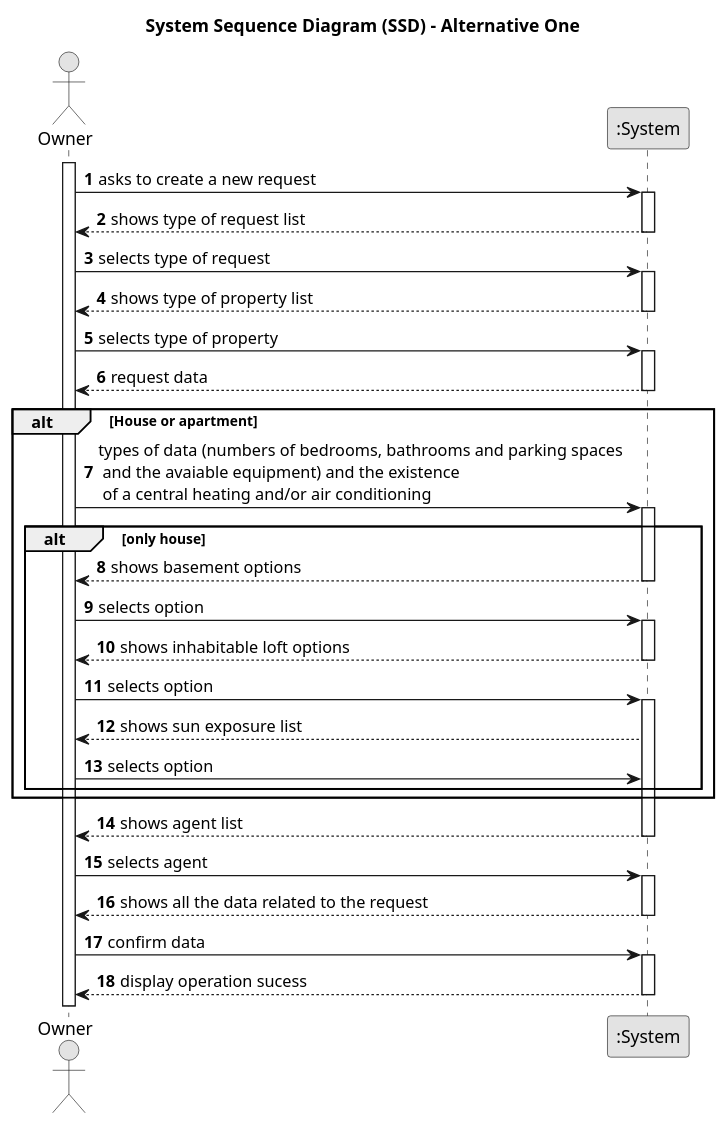
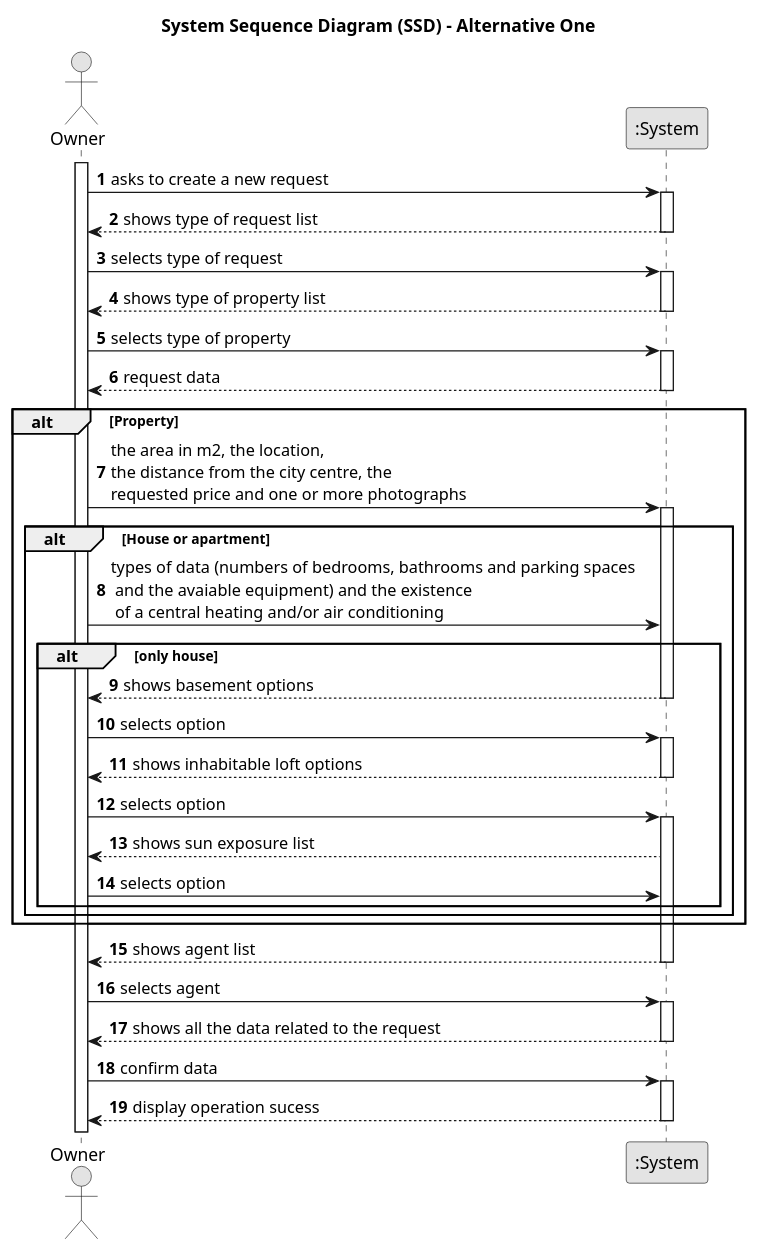
One commit to Rodrick0209/ISEP-LAPR2-22-23 changed the diagram in docs/Sprint-A/US004/01.requirements-engineering/puml/us004-system-sequence-diagram-alternative-one.puml. Above: the diagram before and after it, drawn with PlantUML. The commit also changed 3 other files, not shown here.

```diff
--- a/docs/Sprint-A/US004/01.requirements-engineering/puml/us004-system-sequence-diagram-alternative-one.puml
+++ b/docs/Sprint-A/US004/01.requirements-engineering/puml/us004-system-sequence-diagram-alternative-one.puml
@@ -1,83 +1,89 @@
 @startuml
 skinparam monochrome true
 skinparam packageStyle rectangle
 skinparam shadowing false
 
 title System Sequence Diagram (SSD) - Alternative One
 
 autonumber
 
 actor "Owner" as Employee
 participant ":System" as System
 
 activate Employee
 
     Employee -> System : asks to create a new request
     activate System
 
         System --> Employee : shows type of request list
     deactivate System
 
     Employee -> System : selects type of request
     activate System
 
         System --> Employee : shows type of property list
 
     deactivate System
 
     Employee -> System : selects type of property
 
     activate System
 
         System --> Employee : request data
     deactivate System
 
+
+alt Property
+
+   Employee -> System : the area in m2, the location,\nthe distance from the city centre, the\nrequested price and one or more photographs
+    activate System
 alt House or apartment
 
     Employee -> System : types of data (numbers of bedrooms, bathrooms and parking spaces \n and the avaiable equipment) and the existence \n of a central heating and/or air conditioning
 
 
 alt only house
 
-      activate System
+
 
             System --> Employee : shows basement options
       deactivate System
 
       Employee -> System : selects option
 
       activate System
 
             System --> Employee : shows inhabitable loft options
       deactivate System
 
       Employee -> System :  selects option
 
       activate System
 
             System --> Employee :shows sun exposure list
 
       Employee -> System :selects option
+end
 end
 end
 
      activate System
 
         System --> Employee : shows agent list
     deactivate System
 
     Employee -> System :  selects agent
 
      activate System
 
         System --> Employee : shows all the data related to the request
      deactivate System
 
      Employee -> System : confirm data
 
      activate System
 
             System --> Employee : display operation sucess
      deactivate System
 
 @enduml
```
